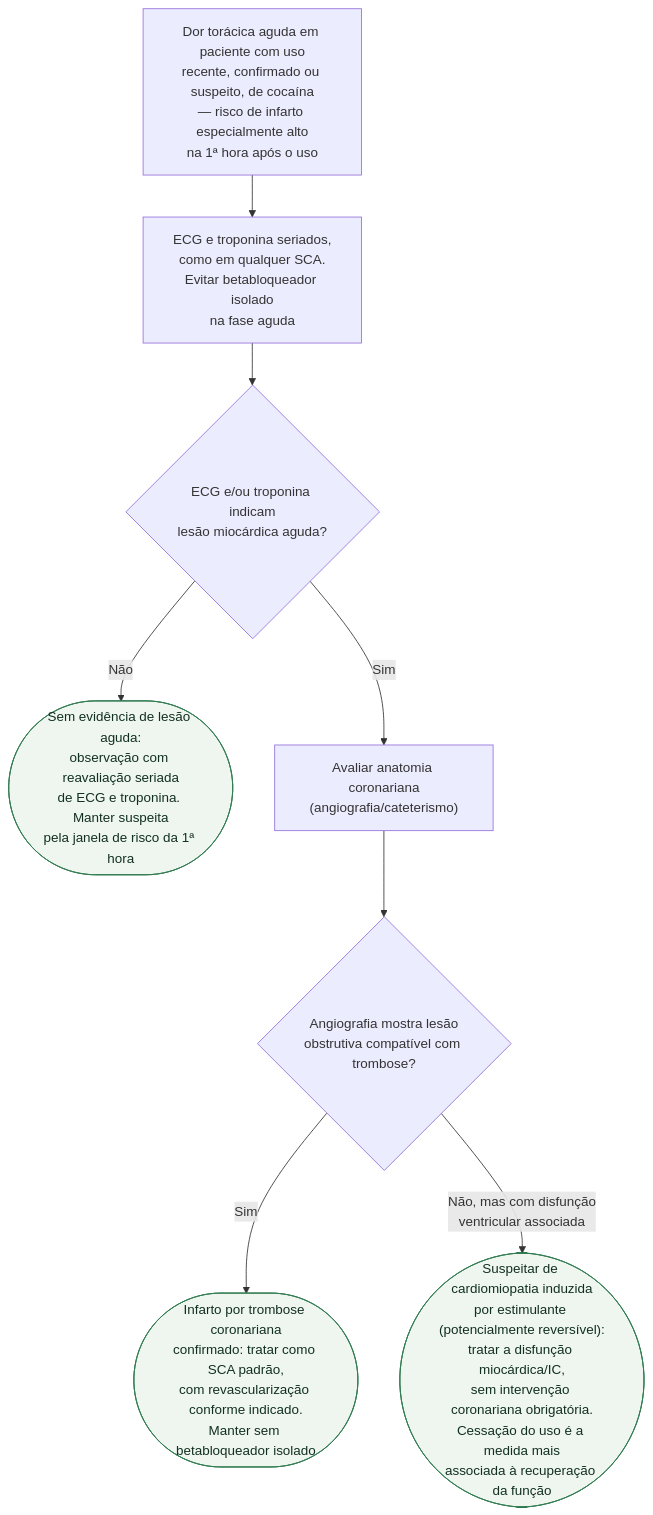
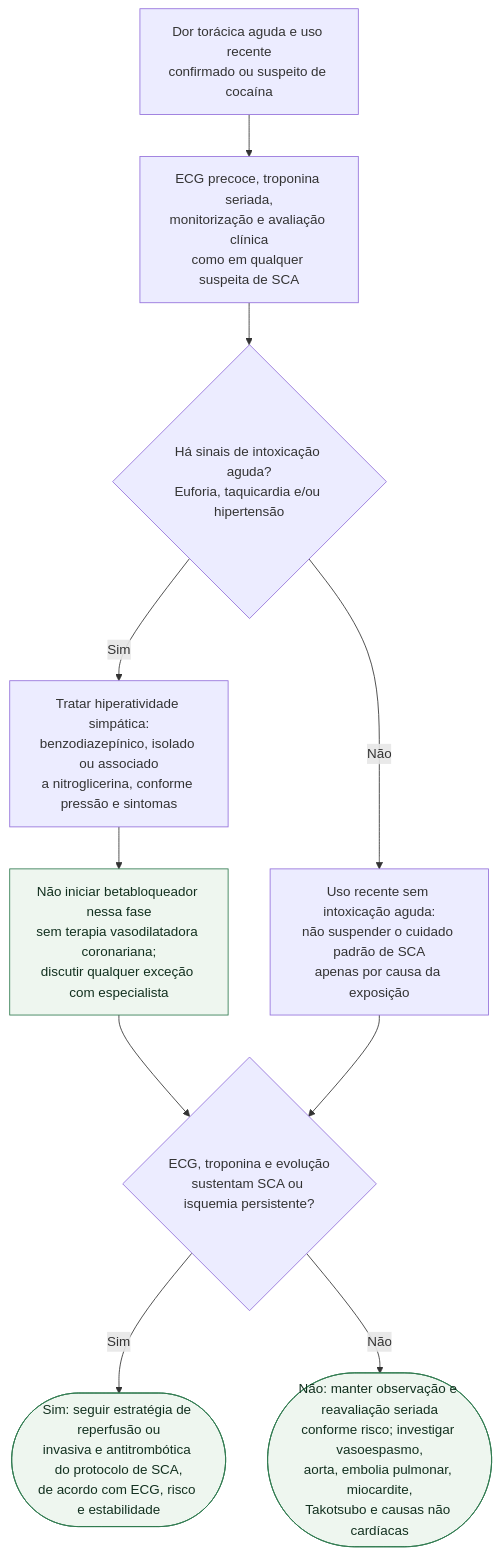
The diagram in content/Saúde_mental_e_cardiologia/fluxograma-dor-toracica-aguda-com-uso-recente-confirmado-ou-suspeito-de-cocaina.md (rafaelpaesmeirelles/MeuCardio), drawn with Mermaid before and after one commit. The commit also changed other lines of this file and 74 other files, not shown here.

````diff
--- a/content/Saúde_mental_e_cardiologia/fluxograma-dor-toracica-aguda-com-uso-recente-confirmado-ou-suspeito-de-cocaina.md
+++ b/content/Saúde_mental_e_cardiologia/fluxograma-dor-toracica-aguda-com-uso-recente-confirmado-ou-suspeito-de-cocaina.md
@@ -23,22 +22,21 @@
 ```mermaid
 flowchart TD
-  R0["Dor torácica aguda em paciente com uso<br/>recente, confirmado ou suspeito, de cocaína<br/>— risco de infarto especialmente alto<br/>na 1ª hora após o uso"]
-  P1["ECG e troponina seriados,<br/>como em qualquer SCA.<br/>Evitar betabloqueador isolado<br/>na fase aguda"]
-  D1{"ECG e/ou troponina indicam<br/>lesão miocárdica aguda?"}
-  C1(["Sem evidência de lesão aguda:<br/>observação com reavaliação seriada<br/>de ECG e troponina. Manter suspeita<br/>pela janela de risco da 1ª hora"])
-  P2["Avaliar anatomia coronariana<br/>(angiografia/cateterismo)"]
-  D2{"Angiografia mostra lesão<br/>obstrutiva compatível com trombose?"}
-  C2(["Infarto por trombose coronariana<br/>confirmado: tratar como SCA padrão,<br/>com revascularização conforme indicado.<br/>Manter sem betabloqueador isolado"])
-  C3(["Suspeitar de cardiomiopatia induzida<br/>por estimulante (potencialmente reversível):<br/>tratar a disfunção miocárdica/IC,<br/>sem intervenção coronariana obrigatória.<br/>Cessação do uso é a medida mais<br/>associada à recuperação da função"])
+  R0["Dor torácica aguda e uso recente<br/>confirmado ou suspeito de cocaína"]
+  P1["ECG precoce, troponina seriada,<br/>monitorização e avaliação clínica<br/>como em qualquer suspeita de SCA"]
+  D1{"Há sinais de intoxicação aguda?<br/>Euforia, taquicardia e/ou hipertensão"}
+  P2["Tratar hiperatividade simpática:<br/>benzodiazepínico, isolado ou associado<br/>a nitroglicerina, conforme pressão e sintomas"]
+  C1["Não iniciar betabloqueador nessa fase<br/>sem terapia vasodilatadora coronariana;<br/>discutir qualquer exceção com especialista"]
+  P3["Uso recente sem intoxicação aguda:<br/>não suspender o cuidado padrão de SCA<br/>apenas por causa da exposição"]
+  D2{"ECG, troponina e evolução<br/>sustentam SCA ou isquemia persistente?"}
+  C2(["Sim: seguir estratégia de reperfusão ou<br/>invasiva e antitrombótica do protocolo de SCA,<br/>de acordo com ECG, risco e estabilidade"])
+  C3(["Não: manter observação e reavaliação seriada<br/>conforme risco; investigar vasoespasmo,<br/>aorta, embolia pulmonar, miocardite,<br/>Takotsubo e causas não cardíacas"])
 
-  R0 --> P1
-  P1 --> D1
-  D1 -->|"Não"| C1
-  D1 -->|"Sim"| P2
-  P2 --> D2
+  R0 --> P1 --> D1
+  D1 -->|"Sim"| P2 --> C1 --> D2
+  D1 -->|"Não"| P3 --> D2
   D2 -->|"Sim"| C2
-  D2 -->|"Não, mas com disfunção<br/>ventricular associada"| C3
+  D2 -->|"Não"| C3
 
   classDef conduta fill:#eef6ef,stroke:#2f7a4f,color:#12301f;
   class C1,C2,C3 conduta;
 ```
````
